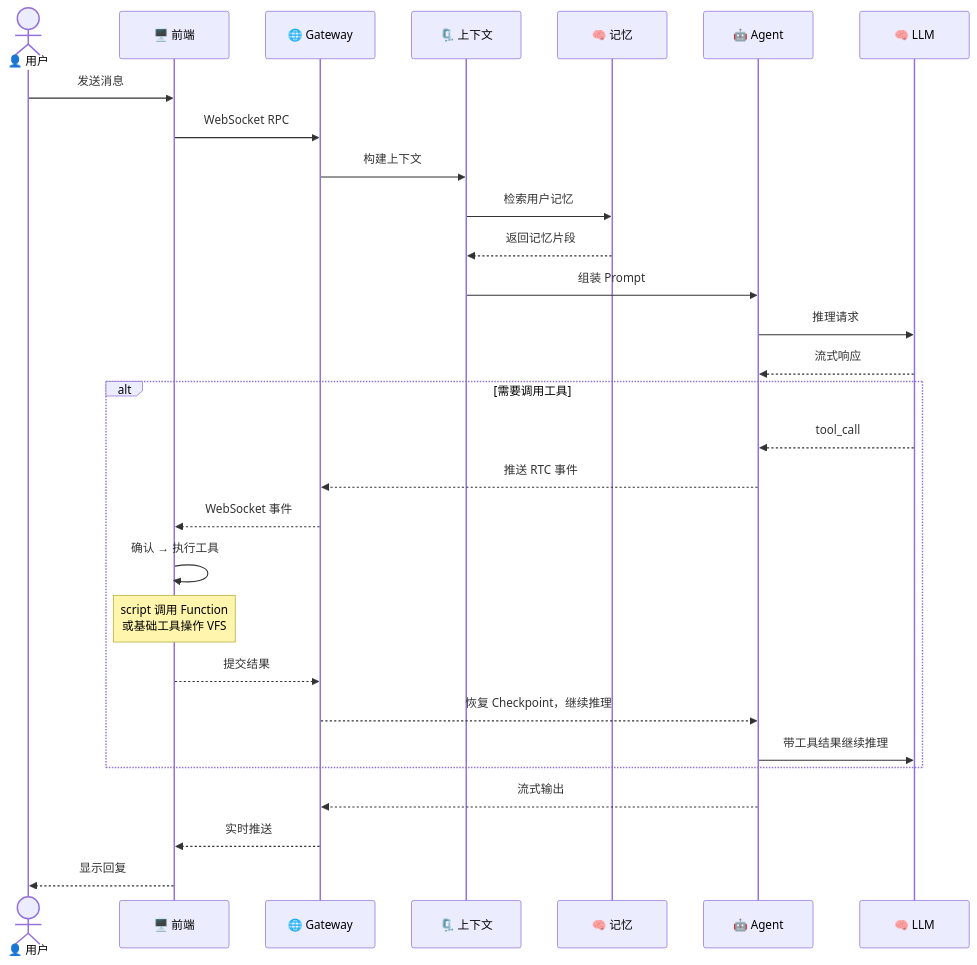
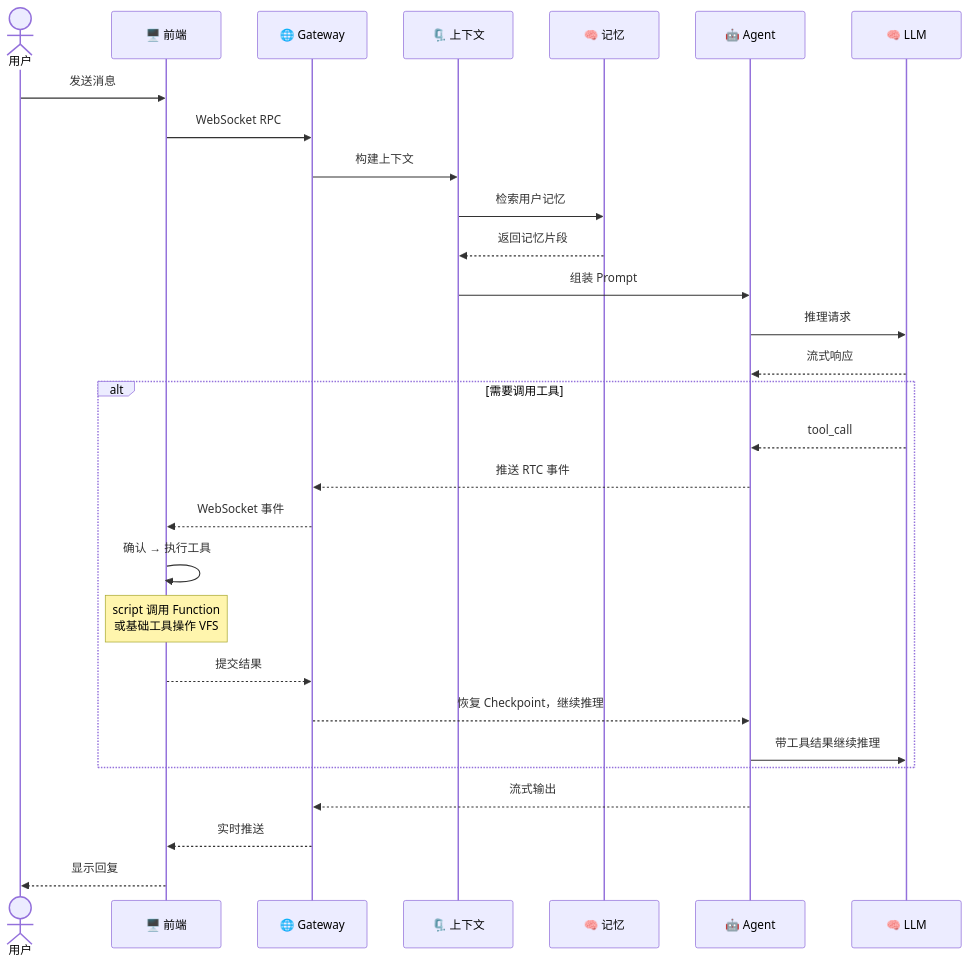
One commit to rtc-agent/docs changed the second of 3 diagrams in src/content/docs/architecture/index.md. Above: the diagram before and after it, drawn with Mermaid. The commit also changed other lines of this file and 17 other files, not shown here.

````diff
--- a/src/content/docs/architecture/index.md
+++ b/src/content/docs/architecture/index.md
@@ -74,34 +91,34 @@
 ```mermaid
 sequenceDiagram
-    actor User as 👤 用户
+    actor User as  用户
     participant FE as 🖥️ 前端
     participant GW as 🌐 Gateway
     participant CTX as 🗜️ 上下文
     participant MEM as 🧠 记忆
     participant AGENT as 🤖 Agent
     participant LLM as 🧠 LLM
 
     User->>FE: 发送消息
     FE->>GW: WebSocket RPC
     GW->>CTX: 构建上下文
     CTX->>MEM: 检索用户记忆
     MEM-->>CTX: 返回记忆片段
     CTX->>AGENT: 组装 Prompt
     AGENT->>LLM: 推理请求
     LLM-->>AGENT: 流式响应
 
     alt 需要调用工具
         LLM-->>AGENT: tool_call
         AGENT-->>GW: 推送 RTC 事件
         GW-->>FE: WebSocket 事件
         FE->>FE: 确认 → 执行工具
         Note over FE: script 调用 Function<br/>或基础工具操作 VFS
         FE-->>GW: 提交结果
         GW-->>AGENT: 恢复 Checkpoint，继续推理
         AGENT->>LLM: 带工具结果继续推理
     end
 
     AGENT-->>GW: 流式输出
     GW-->>FE: 实时推送
     FE-->>User: 显示回复
 ```
````
